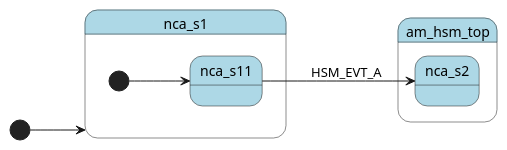
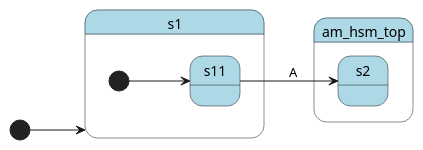
Before and after one commit to adel-mamin/amast: the seventh of 9 diagrams in libs/hsm/README.rst, drawn with PlantUML. The commit also changed other lines of this file and 1 other file, not shown here.

Commit message:
Add cosmetic changes to libs/hsm/README.rst

```diff
--- a/libs/hsm/README.rst
+++ b/libs/hsm/README.rst
@@ -728,19 +729,19 @@
 .. uml::
 
     @startuml
 
     left to right direction
 
-    [*] --> nca_s1
+    [*] --> s1
 
     state am_hsm_top #LightBlue {
-        state nca_s1 #LightBlue {
-            [*] --> nca_s11
-            state nca_s11 #LightBlue
+        state s1 #LightBlue {
+            [*] --> s11
+            state s11 #LightBlue
         }
-        state nca_s2 #LightBlue
+        state s2 #LightBlue
     }
 
-    nca_s11 --> nca_s2 : HSM_EVT_A
+    s11 --> s2 : A
 
     @enduml
```
